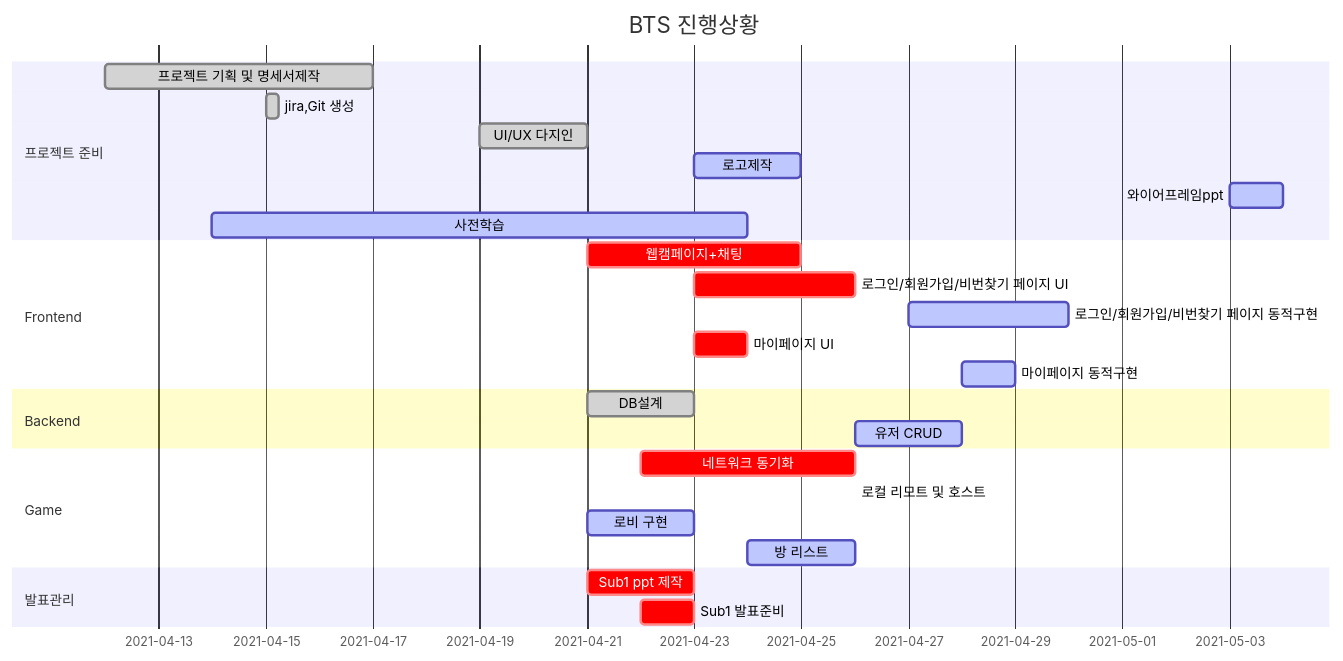
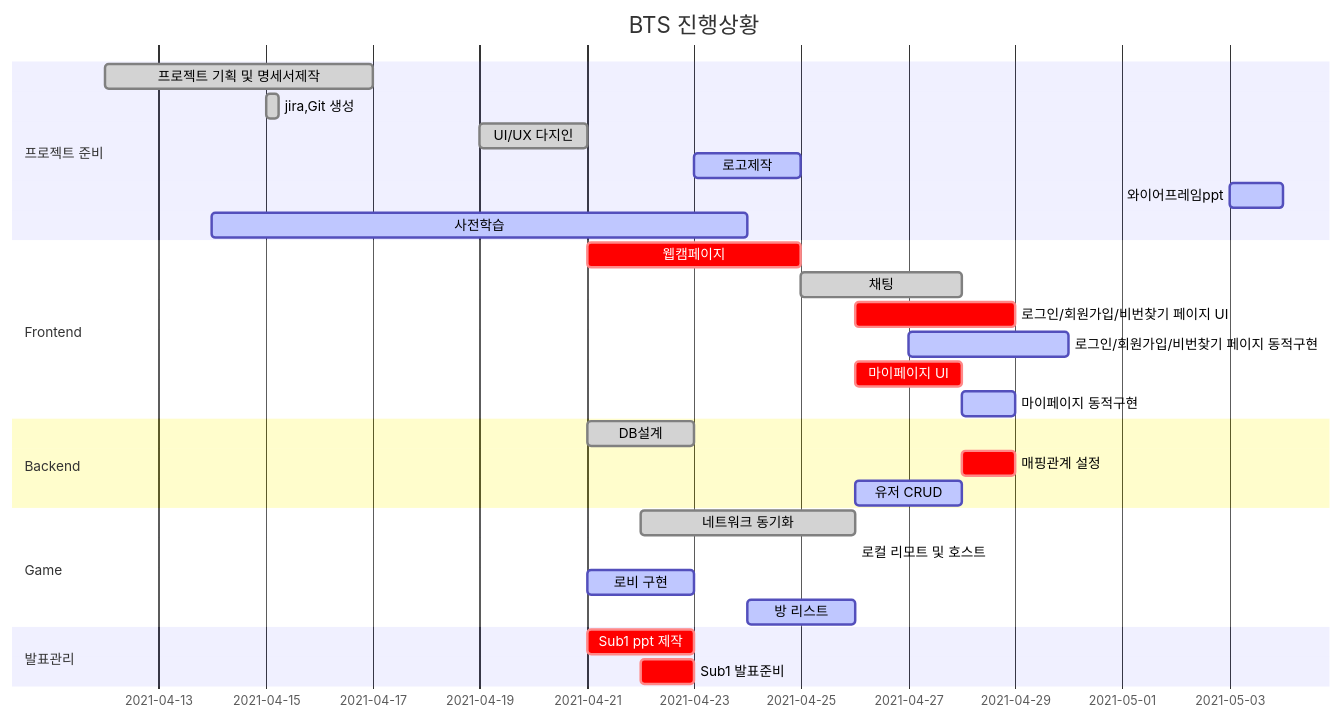
Before and after one commit to Luminousjiny/PJT_BTS: the diagram in README.md, drawn with Mermaid. The commit also changed other lines of this file, not shown here.

Commit message:
리드미 수정

````diff
--- a/README.md
+++ b/README.md
@@ -48,33 +50,35 @@
 ```mermaid
 gantt
     title BTS 진행상황
     dateFormat  YYYY-MM-DD
     section 프로젝트 준비
     프로젝트 기획 및 명세서제작 : done, 2021-04-12, 5d
     jira,Git 생성  :done, 2021-04-15, 6h
     UI/UX 다지인  : done,   2021-04-19, 2d
     로고제작 : active, 2021-04-23, 2d
     와이어프레임ppt : active, 2021-05-03, 1d
     사전학습  : active, 2021-04-14, 10d
 
     section Frontend
-    웹캠페이지+채팅 : crit, 2021-04-21, 4d
-    로그인/회원가입/비번찾기 페이지 UI : crit, 2021-04-23, 3d
+    웹캠페이지 : crit, 2021-04-21, 4d
+    채팅 : done, 2021-04-25, 3d
+    로그인/회원가입/비번찾기 페이지 UI : crit, 2021-04-26, 3d
     로그인/회원가입/비번찾기 페이지 동적구현 : active, 2021-04-27, 3d
-    마이페이지 UI : crit, 2021-04-23, 1d
+    마이페이지 UI : crit, 2021-04-26, 2d
     마이페이지 동적구현 : active, 2021-04-28, 1d
     
     section Backend
     DB설계 : done, 2021-04-21, 2d
+    매핑관계 설정 : crit, 2021-04-28, 1d
     유저 CRUD : active, 2021-04-26, 2d
     
     section Game
-	네트워크 동기화 : crit, 2021-04-22, 4d
+	네트워크 동기화 : done, 2021-04-22, 4d
 	로컬 리모트 및 호스트 : active, 2021-04-23 1d
 	로비 구현 : active, 2021-04-21, 2d
     방 리스트 : active, 2021-04-24, 2d
     
     section 발표관리
     Sub1 ppt 제작 : crit, 2021-04-21, 2d
     Sub1 발표준비 : crit, 2021-04-22, 1d
 ```
````
